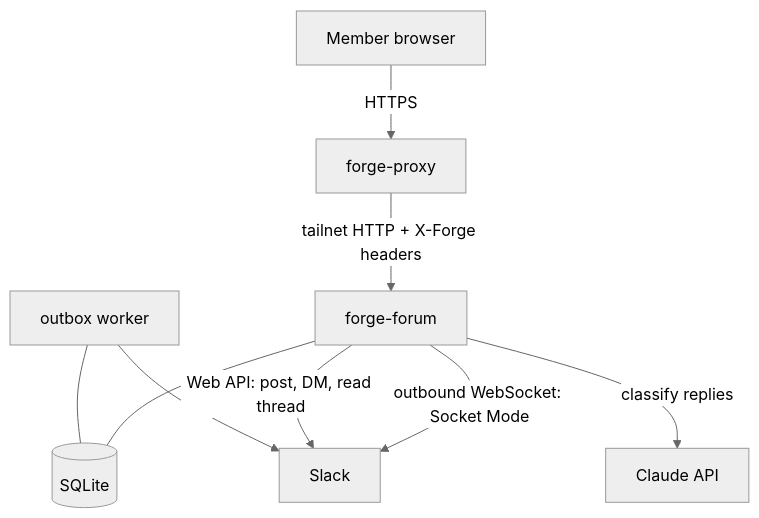
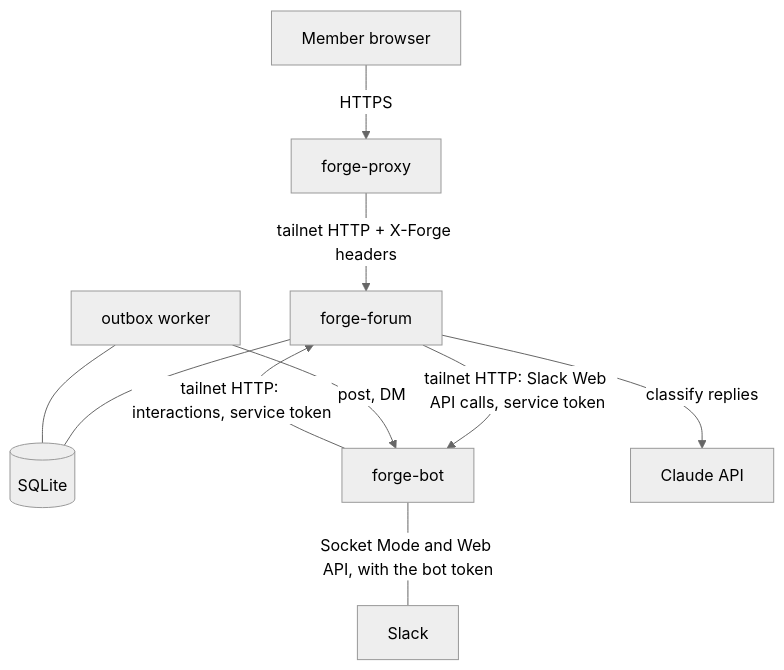
One commit to forgeutah/forge-forum changed the second of 3 diagrams in docs/plans/2026-11-17-001-feat-forge-forum-plan.md. Above: the diagram before and after it, drawn with Mermaid (neutral theme). The commit also changed other lines of this file and 45 other files, not shown here.

First line of the commit message:
feat(slack): reach Slack through forge-bot; apply review and simplification findings

````diff
--- a/docs/plans/2026-11-17-001-feat-forge-forum-plan.md
+++ b/docs/plans/2026-11-17-001-feat-forge-forum-plan.md
@@ -222,11 +222,12 @@
 ```mermaid
 flowchart TB
   B[Member browser] -->|HTTPS| P[forge-proxy]
   P -->|tailnet HTTP + X-Forge headers| F[forge-forum]
   F --- D[(SQLite)]
-  F -->|outbound WebSocket: Socket Mode| S[Slack]
-  F -->|Web API: post, DM, read thread| S
+  G[forge-bot] ---|Socket Mode and Web API, with the bot token| S[Slack]
+  G -->|tailnet HTTP: interactions, service token| F
+  F -->|tailnet HTTP: Slack Web API calls, service token| G
   F -->|classify replies| C[Claude API]
   O[outbox worker] --- D
-  O --> S
+  O -->|post, DM| G
 ```
````
